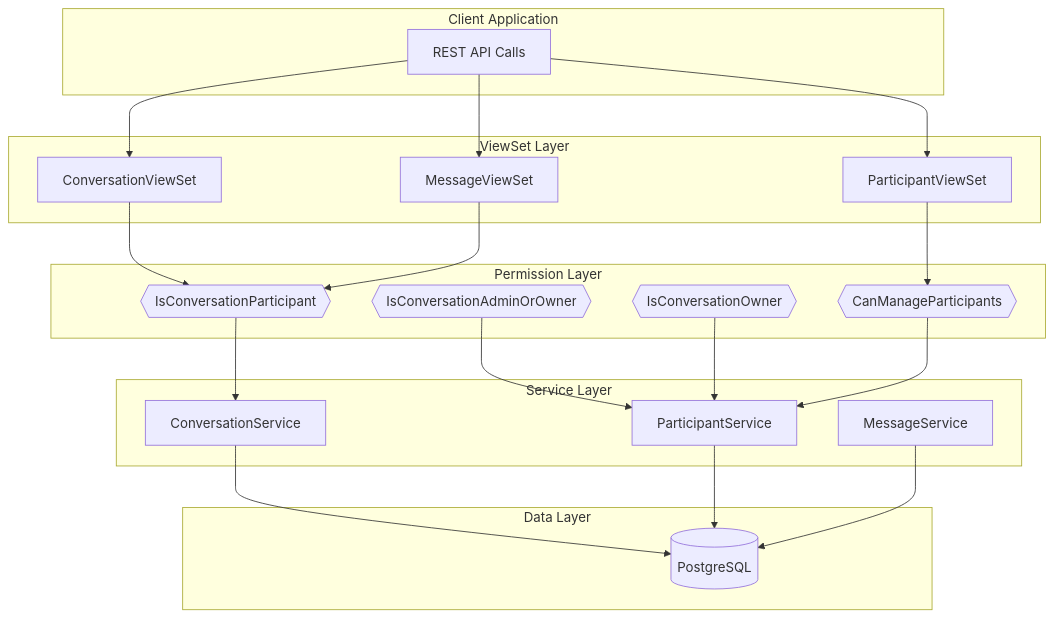
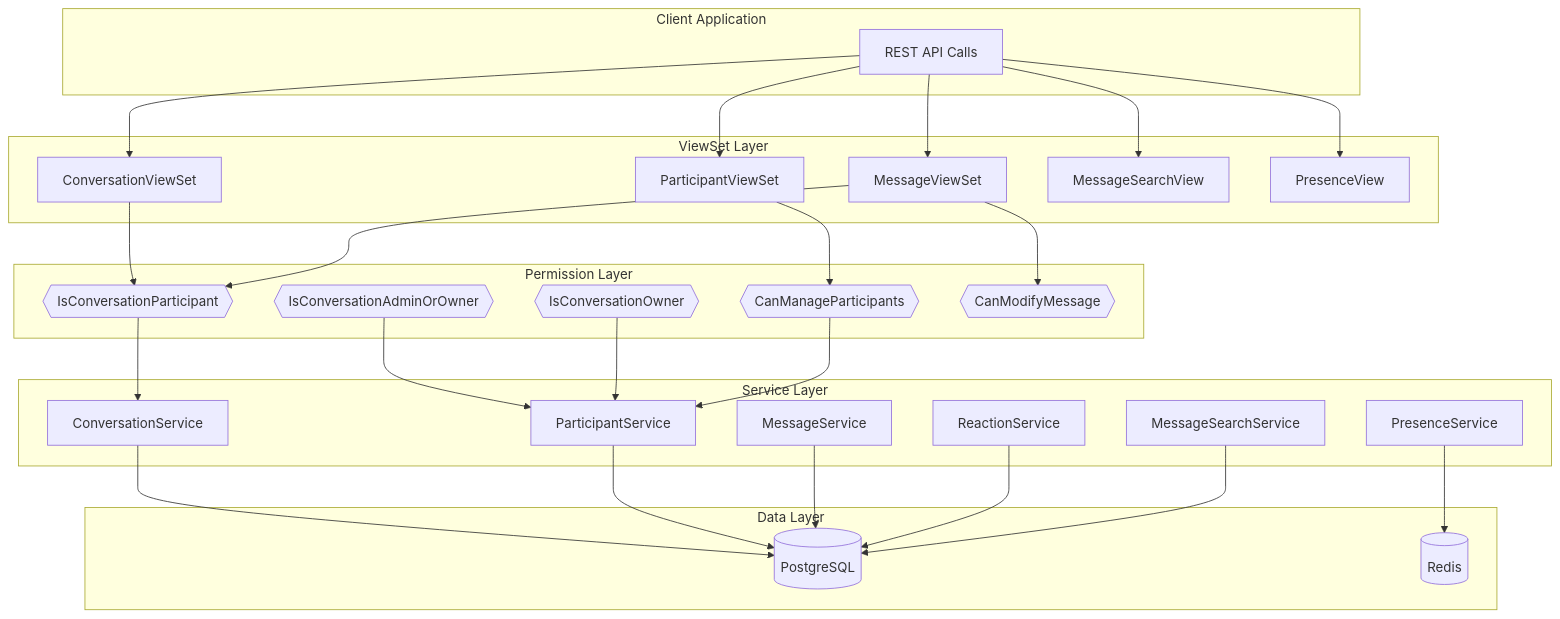
The second of 9 diagrams in app/chat/ARCHITECTURE.md (vuongdovu/soundwalkbackend), drawn with Mermaid before and after one commit. The commit also changed other lines of this file and 28 other files, not shown here.

First line of the commit message:
Add chat app features: message editing, reactions, search, and presence

````diff
--- a/app/chat/ARCHITECTURE.md
+++ b/app/chat/ARCHITECTURE.md
@@ -103,46 +134,59 @@
 ```mermaid
 flowchart TD
     subgraph Client["Client Application"]
         REST[REST API Calls]
     end
 
     subgraph Views["ViewSet Layer"]
         ConvVS[ConversationViewSet]
         PartVS[ParticipantViewSet]
         MsgVS[MessageViewSet]
+        SearchV[MessageSearchView]
+        PresenceV[PresenceView]
     end
 
     subgraph Permissions["Permission Layer"]
         IsParticipant{{IsConversationParticipant}}
         IsOwner{{IsConversationOwner}}
         IsAdmin{{IsConversationAdminOrOwner}}
         CanManage{{CanManageParticipants}}
+        CanModify{{CanModifyMessage}}
     end
 
     subgraph Services["Service Layer"]
         ConvSvc[ConversationService]
         PartSvc[ParticipantService]
         MsgSvc[MessageService]
+        ReactSvc[ReactionService]
+        SearchSvc[MessageSearchService]
+        PresSvc[PresenceService]
     end
 
     subgraph Data["Data Layer"]
         DB[(PostgreSQL)]
+        Redis[(Redis)]
     end
 
     REST --> ConvVS
     REST --> PartVS
     REST --> MsgVS
+    REST --> SearchV
+    REST --> PresenceV
 
     ConvVS --> IsParticipant
     PartVS --> CanManage
     MsgVS --> IsParticipant
+    MsgVS --> CanModify
 
     IsParticipant --> ConvSvc
     IsAdmin --> PartSvc
     IsOwner --> PartSvc
     CanManage --> PartSvc
 
     ConvSvc --> DB
     PartSvc --> DB
     MsgSvc --> DB
+    ReactSvc --> DB
+    SearchSvc --> DB
+    PresSvc --> Redis
 ```
````
